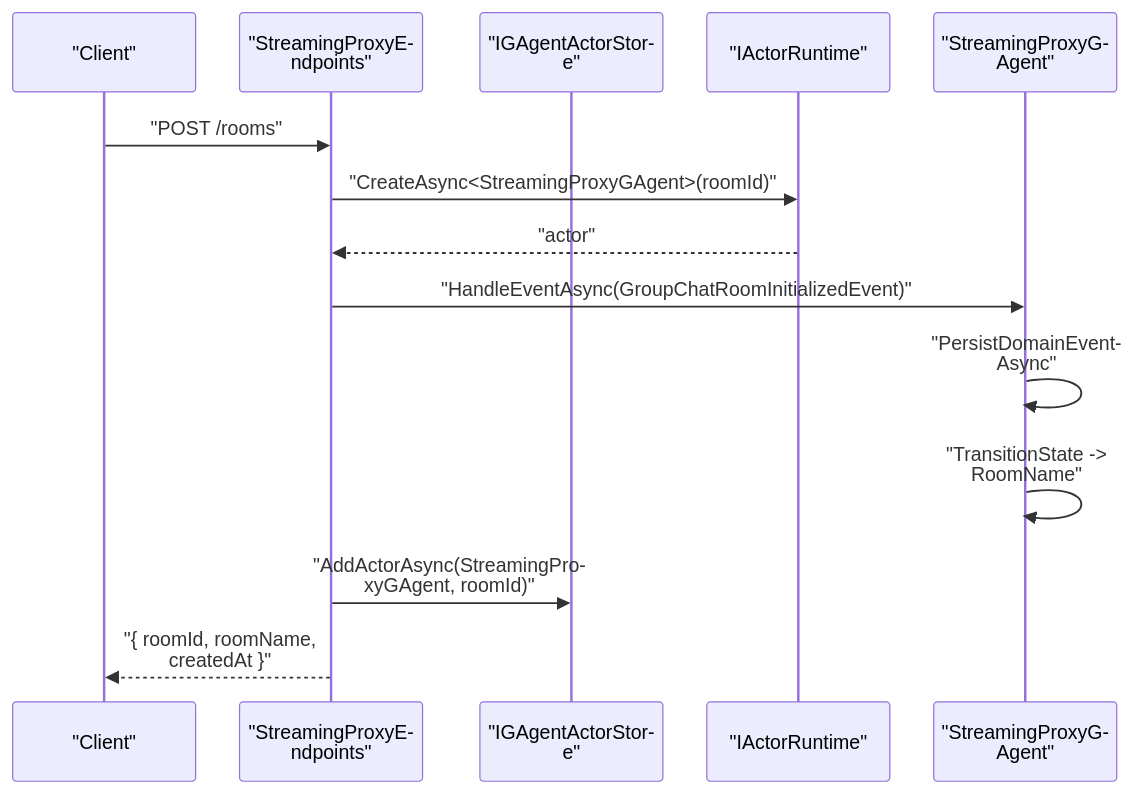
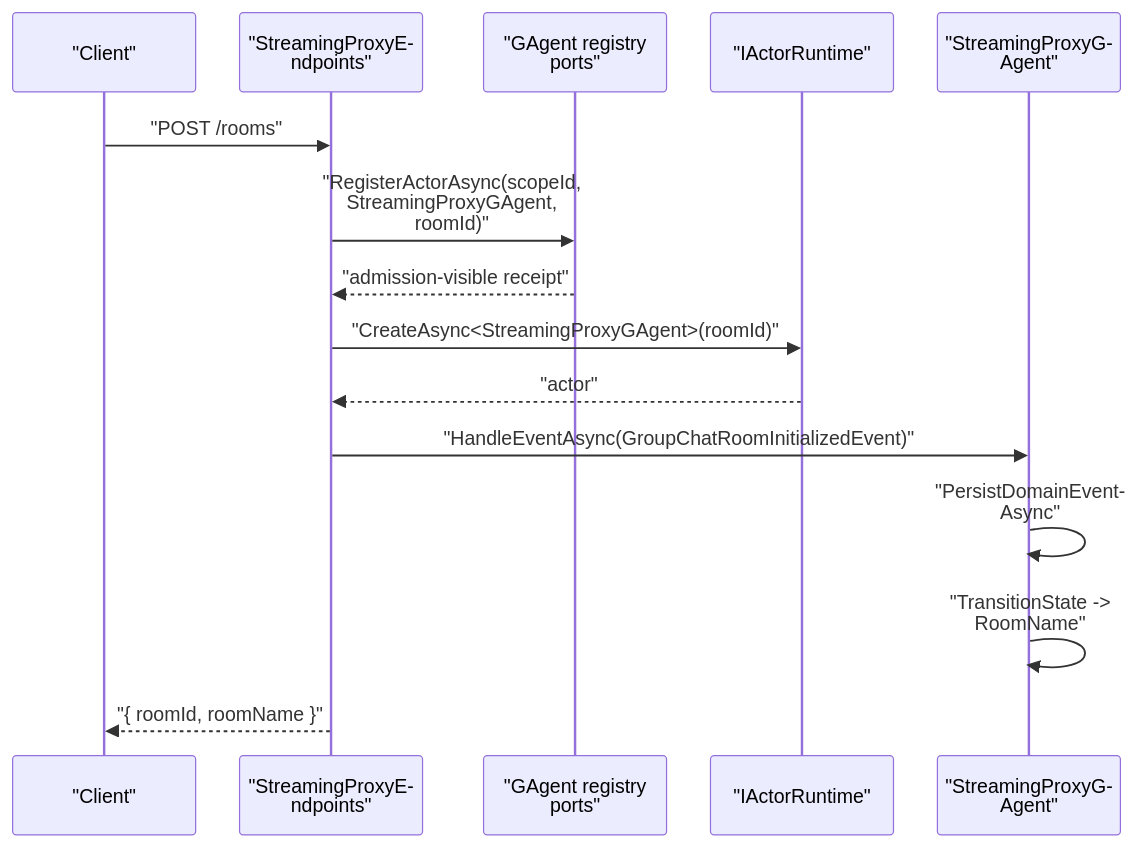
Before and after one commit to aevatarAI/aevatar: the second of 5 diagrams in docs/2026-04-02-streaming-proxy-flow.md, drawn with Mermaid. The commit also changed other lines of this file and 27 other files, not shown here.

Commit message:
Refactor GAgent registry ownership ports

````diff
--- a/docs/2026-04-02-streaming-proxy-flow.md
+++ b/docs/2026-04-02-streaming-proxy-flow.md
@@ -71,18 +71,19 @@
 ```mermaid
 %%{init: {"maxTextSize": 100000, "flowchart": {"useMaxWidth": false, "nodeSpacing": 10, "rankSpacing": 50}, "themeVariables": {"fontSize": "10px"}, "sequence": {"useMaxWidth": false, "actorFontSize": 10, "messageFontSize": 10, "noteFontSize": 10, "actorMargin": 36, "messageMargin": 10, "diagramMarginX": 12, "diagramMarginY": 12, "wrap": true}}}%%
 sequenceDiagram
     participant CL as "Client"
     participant API as "StreamingProxyEndpoints"
-    participant STORE as "IGAgentActorStore"
+    participant REG as "GAgent registry ports"
     participant RT as "IActorRuntime"
     participant ACT as "StreamingProxyGAgent"
 
     CL->>API: "POST /rooms"
+    API->>REG: "RegisterActorAsync(scopeId, StreamingProxyGAgent, roomId)"
+    REG-->>API: "admission-visible receipt"
     API->>RT: "CreateAsync<StreamingProxyGAgent>(roomId)"
     RT-->>API: "actor"
     API->>ACT: "HandleEventAsync(GroupChatRoomInitializedEvent)"
     ACT->>ACT: "PersistDomainEventAsync"
     ACT->>ACT: "TransitionState -> RoomName"
-    API->>STORE: "AddActorAsync(StreamingProxyGAgent, roomId)"
-    API-->>CL: "{ roomId, roomName, createdAt }"
+    API-->>CL: "{ roomId, roomName }"
 ```
````
